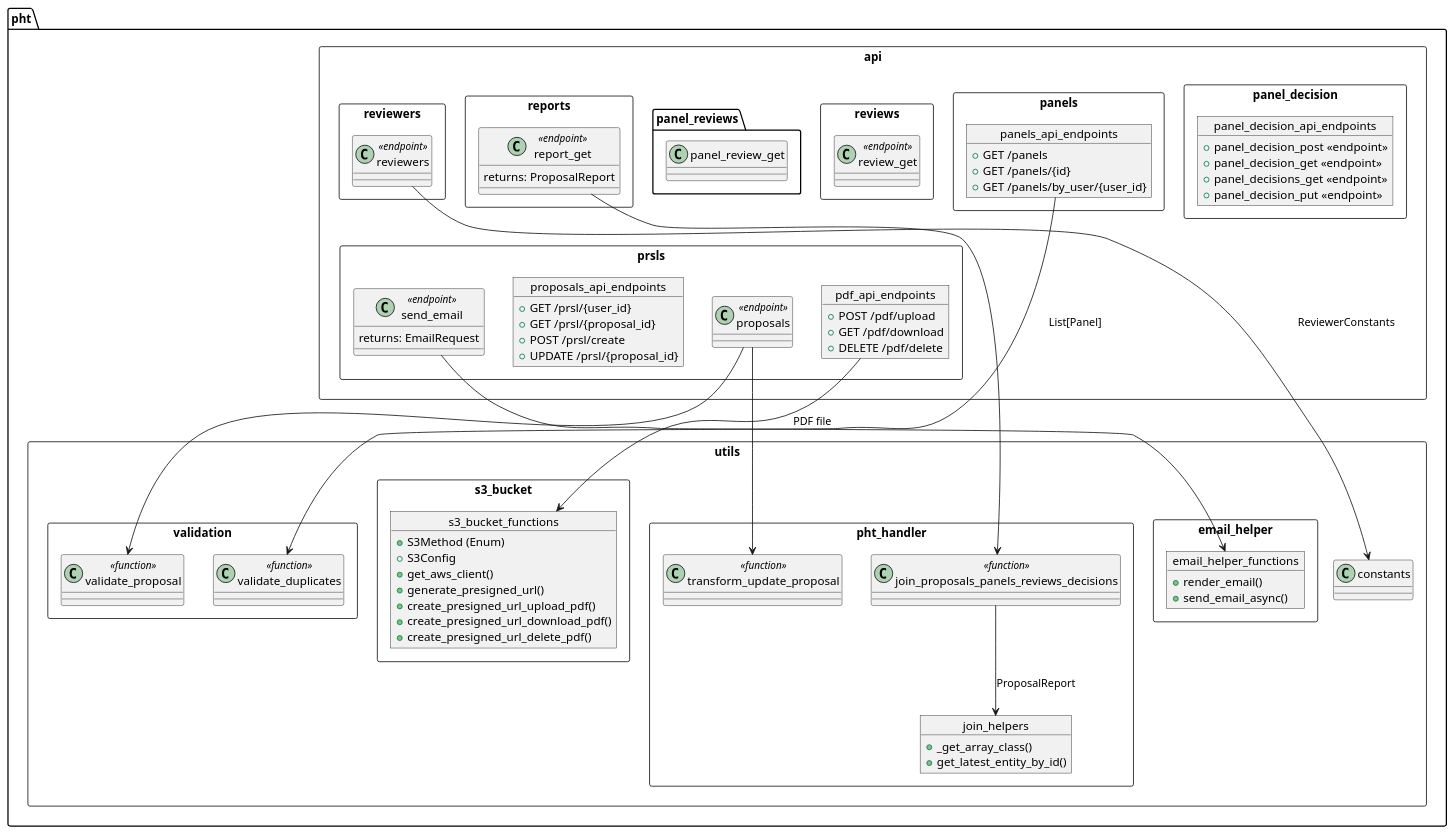
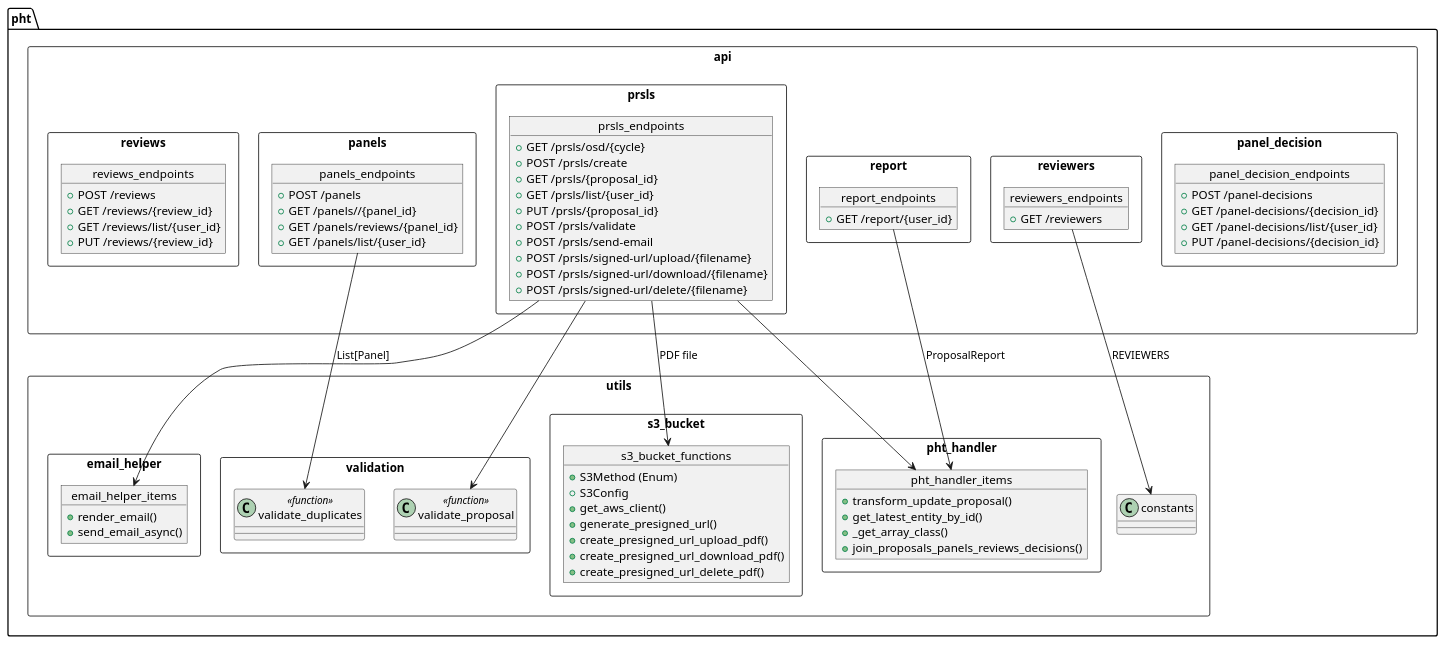
Before and after one commit to ska-telescope/ska-oso-services: the diagram in docs/src/internal/diagrams/module_view_pht.puml, drawn with PlantUML. The commit also changed 4 other files, not shown here.

Commit message:
STAR-1524: diagrams

```diff
--- a/docs/src/internal/diagrams/module_view_pht.puml
+++ b/docs/src/internal/diagrams/module_view_pht.puml
@@ -1,102 +1,106 @@
 @startuml
 top to bottom direction
 
 package "pht" as pht_pkg {
 
     package "api" <<Rectangle>> {
 
-        package "prsls" <<Rectangle>> {
-            class send_email <<endpoint>> {
-                returns: EmailRequest
+        package "panel_decision" <<Rectangle>> {
+            object panel_decision_endpoints{
+                + POST /panel-decisions
+                + GET /panel-decisions/{decision_id}
+                + GET /panel-decisions/list/{user_id}
+                + PUT /panel-decisions/{decision_id}
             }
-            class proposals <<endpoint>>
-            object proposals_api_endpoints {
-                + GET /prsl/{user_id}
-                + GET /prsl/{proposal_id}
-                + POST /prsl/create
-                + UPDATE /prsl/{proposal_id}
-            }
-            object pdf_api_endpoints {
-                + POST /pdf/upload
-                + GET /pdf/download
-                + DELETE /pdf/delete
+        }
+        
+        package "panels" <<Rectangle>> {
+            object panels_endpoints {
+                + POST /panels
+                + GET /panels//{panel_id}
+                + GET /panels/reviews/{panel_id}
+                + GET /panels/list/{user_id}
             }
         }
 
-        package "panel_decision" <<Rectangle>> {
-            object panel_decision_api_endpoints {
-                  + panel_decision_post <<endpoint>>
-                  + panel_decision_get <<endpoint>>
-                  + panel_decisions_get <<endpoint>>
-                  + panel_decision_put <<endpoint>>
+        package "prsls" <<Rectangle>> {
+            object prsls_endpoints{
+                + GET /prsls/osd/{cycle}
+                + POST /prsls/create
+                + GET /prsls/{proposal_id}
+                + GET /prsls/list/{user_id}
+                + PUT /prsls/{proposal_id}
+                + POST /prsls/validate
+                + POST /prsls/send-email
+                + POST /prsls/signed-url/upload/{filename}
+                + POST /prsls/signed-url/download/{filename}
+                + POST /prsls/signed-url/delete/{filename}
             }
         }
-        package "panels" <<Rectangle>> {
-            object panels_api_endpoints {
-                + GET /panels
-                + GET /panels/{id}
-                + GET /panels/by_user/{user_id}
+
+        package "report" <<Rectangle>> {
+            object report_endpoints{
+                + GET /report/{user_id}
             }
         }
-        package "reviews" <<Rectangle>> {
-            class review_get <<endpoint>>
-        }
+
         package "reviewers" <<Rectangle>> {
-            class reviewers <<endpoint>>
-        }
-        package "reports" <<Rectangle>> {
-            class report_get <<endpoint>> {
-                returns: ProposalReport
+            object reviewers_endpoints{
+                + GET /reviewers
             }
         }
-        reports.report_get -down[hidden]- prsls.send_email
+        
+        package "reviews" <<Rectangle>> {
+            object reviews_endpoints{
+                + POST /reviews
+                + GET /reviews/{review_id}
+                + GET /reviews/list/{user_id}
+                + PUT /reviews/{review_id}
+            }
+        }
     }
 
     package "utils" <<Rectangle>> {
         package "email_helper" <<Rectangle>> {
-            object email_helper_functions {
+            object email_helper_items {
                 + render_email()
                 + send_email_async()
             }
         }
         package "pht_handler" <<Rectangle>> {
-            class join_proposals_panels_reviews_decisions <<function>>
-            object join_helpers {
+            object pht_handler_items {
+                + transform_update_proposal()
+                + get_latest_entity_by_id()
                 + _get_array_class()
-                + get_latest_entity_by_id()
+                + join_proposals_panels_reviews_decisions()
             }
-            class transform_update_proposal <<function>>
         }
         package "s3_bucket" <<Rectangle>> {
             object s3_bucket_functions {
                 + S3Method (Enum)
                 + S3Config
                 + get_aws_client()
                 + generate_presigned_url()
                 + create_presigned_url_upload_pdf()
                 + create_presigned_url_download_pdf()
                 + create_presigned_url_delete_pdf()
             }
         }
         package "validation" <<Rectangle>> {
             class validate_duplicates <<function>>
             class validate_proposal <<function>>
         }
         class constants
     }
 
-    ' --- FORCE LAYOUT: Utils under API ---
-    api.panel_reviews.panel_review_get -down[hidden]- utils.email_helper.email_helper_functions
-
     ' --- Relationships, return types only ---
-    api.prsls.proposals --> utils.validation.validate_proposal
-    api.prsls.proposals --> utils.pht_handler.transform_update_proposal
-    api.prsls.pdf_api_endpoints --> utils.s3_bucket.s3_bucket_functions : PDF file
-    api.panels.panels_api_endpoints --> utils.validation.validate_duplicates : List[Panel]
-    api.reports.report_get --> utils.pht_handler.join_proposals_panels_reviews_decisions
-    api.prsls.send_email --> utils.email_helper.email_helper_functions
-    api.reviewers.reviewers --> utils.constants : ReviewerConstants
-    utils.pht_handler.join_proposals_panels_reviews_decisions --> utils.pht_handler.join_helpers : ProposalReport
+    api.prsls.prsls_endpoints --> utils.validation.validate_proposal
+    api.prsls.prsls_endpoints --> utils.pht_handler.pht_handler_items
+    api.prsls.prsls_endpoints --> utils.s3_bucket.s3_bucket_functions : PDF file
+    api.panels.panels_endpoints --> utils.validation.validate_duplicates : List[Panel]
+    api.report.report_endpoints --> utils.pht_handler.pht_handler_items: ProposalReport
+    api.prsls.prsls_endpoints --> utils.email_helper.email_helper_items
+    api.reviewers.reviewers_endpoints --> utils.constants : REVIEWERS
 
 }
 @enduml
```
